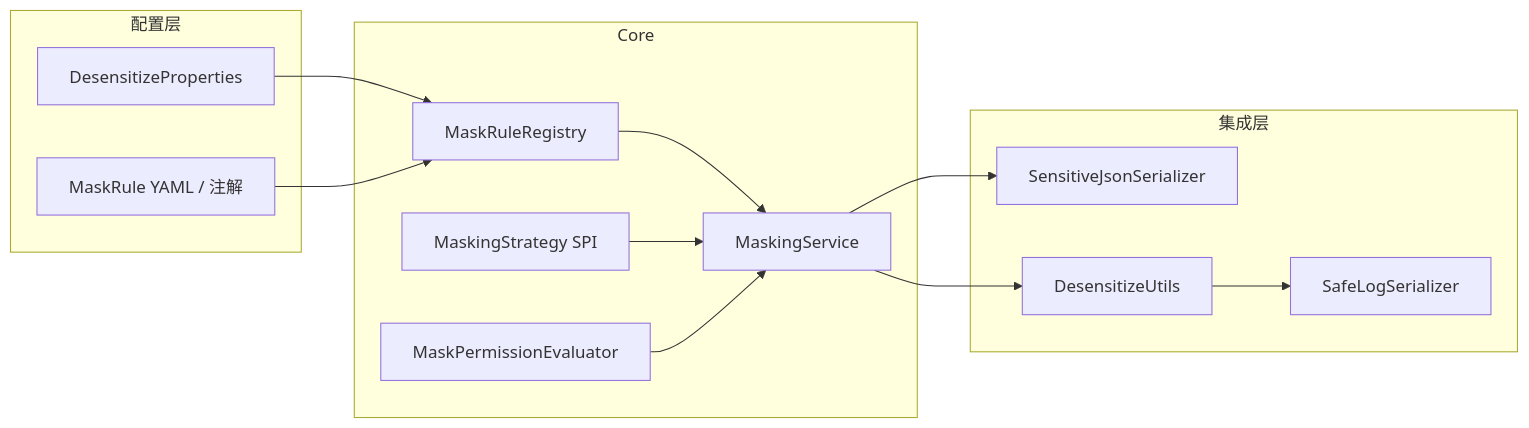
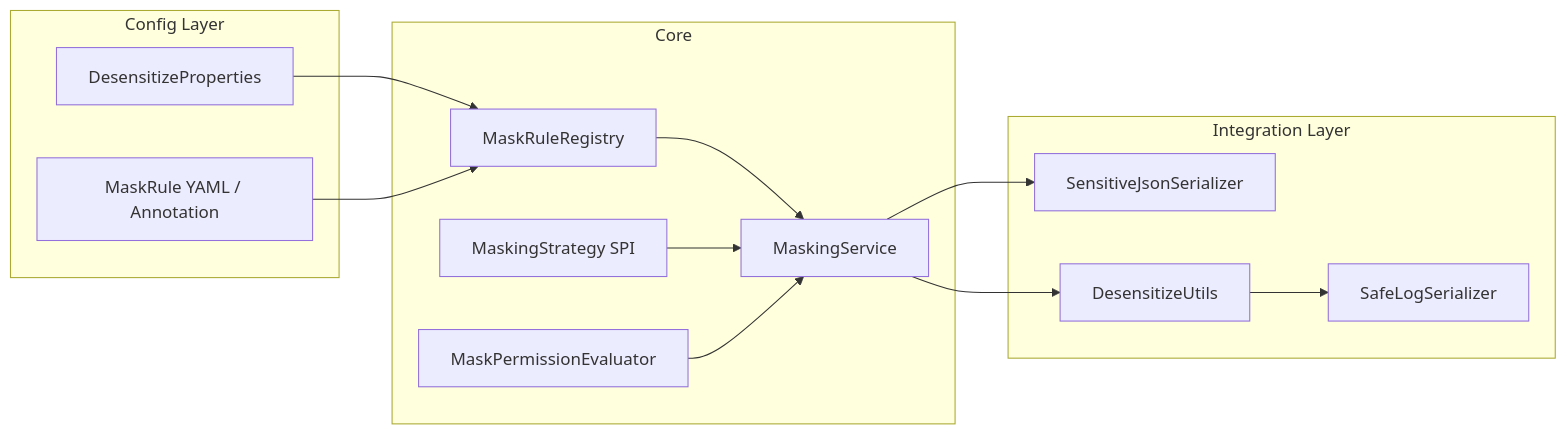
Before and after one commit to richie696/atlas-richie-platform: the second of 9 diagrams in atlas-richie-component/atlas-richie-component-desensitize/README.md, drawn with Mermaid. The commit also changed other lines of this file and 69 other files, not shown here.

````diff
--- a/atlas-richie-component/atlas-richie-component-desensitize/README.md
+++ b/atlas-richie-component/atlas-richie-component-desensitize/README.md
@@ -69,29 +122,29 @@
 ```mermaid
 flowchart LR
-    subgraph config [配置层]
+    subgraph config [Config Layer]
         PROP[DesensitizeProperties]
-        RULES[MaskRule YAML / 注解]
+        RULES[MaskRule YAML / Annotation]
     end
 
     subgraph core [Core]
         REG[MaskRuleRegistry]
         SVC[MaskingService]
         STRAT[MaskingStrategy SPI]
         PERM[MaskPermissionEvaluator]
     end
 
-    subgraph integrations [集成层]
+    subgraph integrations [Integration Layer]
         JACK[SensitiveJsonSerializer]
         UTIL[DesensitizeUtils]
         SAFE[SafeLogSerializer]
     end
 
     PROP --> REG
     RULES --> REG
     REG --> SVC
     STRAT --> SVC
     PERM --> SVC
     SVC --> JACK
     SVC --> UTIL
     UTIL --> SAFE
 ```
````
